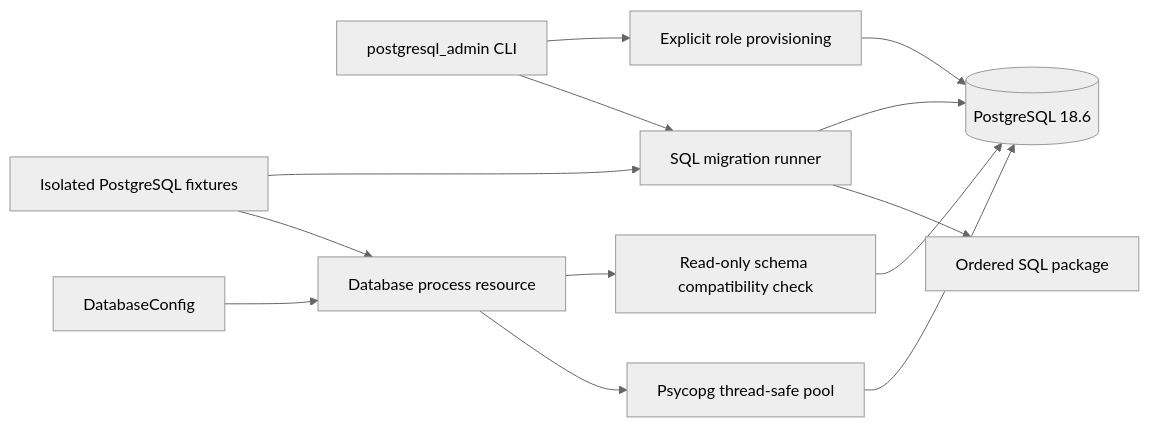
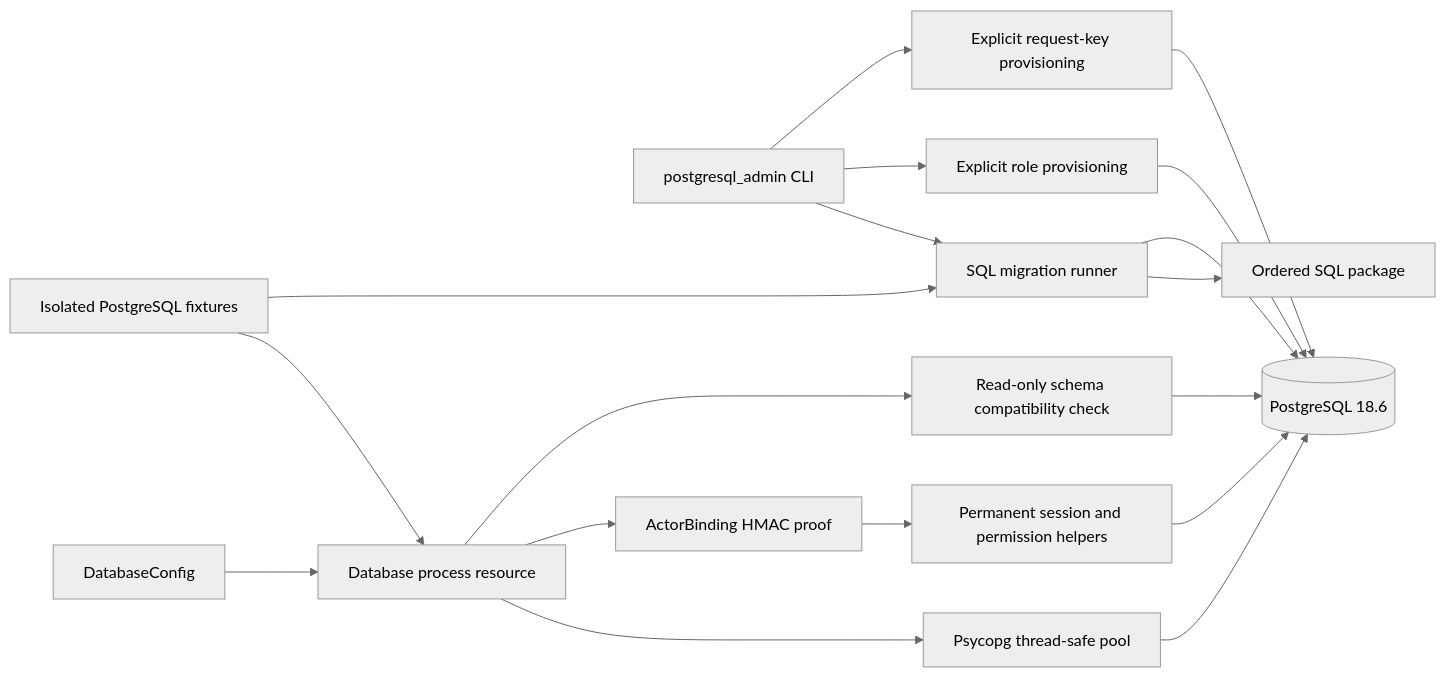
Before and after one commit to cboguet83/eppm_demo: the diagram in docs/implementation/postgresql-foundation.md, drawn with Mermaid (neutral theme). The commit also changed other lines of this file and 12 other files, not shown here.

````diff
--- a/docs/implementation/postgresql-foundation.md
+++ b/docs/implementation/postgresql-foundation.md
@@ -40,15 +47,20 @@
 ```mermaid
 flowchart LR
     Operator[postgresql_admin CLI] --> Migration[SQL migration runner]
     Operator --> Provision[Explicit role provisioning]
+    Operator --> Key[Explicit request-key provisioning]
+    Key --> DB
     Migration --> SQL[Ordered SQL package]
     Migration --> DB[(PostgreSQL 18.6)]
     Provision --> DB
     Config[DatabaseConfig] --> Resource[Database process resource]
     Resource --> Pool[Psycopg thread-safe pool]
+    Resource --> Binding[ActorBinding HMAC proof]
+    Binding --> Authorization[Permanent session and permission helpers]
+    Authorization --> DB
     Resource --> Check[Read-only schema compatibility check]
     Check --> DB
     Pool --> DB
     Tests[Isolated PostgreSQL fixtures] --> Resource
     Tests --> Migration
 ```
````
